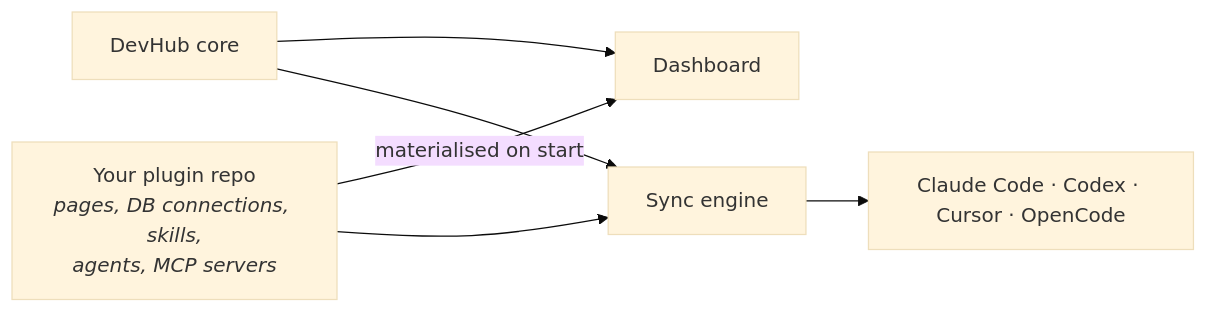
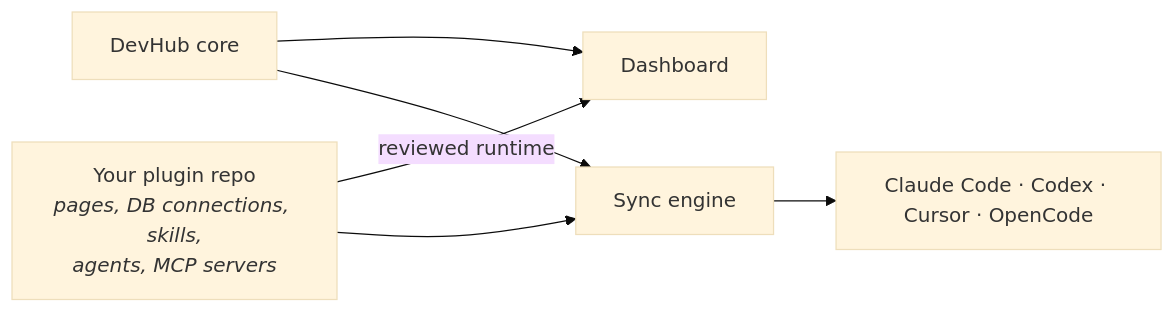
Before and after one commit to jmcelreavey/devhub: the first of 3 diagrams in docs/guides/feature-tour.md, drawn with Mermaid (base theme). The commit also changed other lines of this file and 5545 other files, not shown here.

````diff
--- a/docs/guides/feature-tour.md
+++ b/docs/guides/feature-tour.md
@@ -174,8 +174,8 @@
 ```mermaid
 graph LR
   core["DevHub core"] --> dash["Dashboard"]
-  plugin["Your plugin repo<br/><i>pages, DB connections, skills,<br/>agents, MCP servers</i>"] -- "materialised on start" --> dash
+  plugin["Your plugin repo<br/><i>pages, DB connections, skills,<br/>agents, MCP servers</i>"] -- "reviewed runtime" --> dash
   plugin --> sync["Sync engine"]
   core --> sync
   sync --> tools["Claude Code · Codex · Cursor · OpenCode"]
 ```
````
